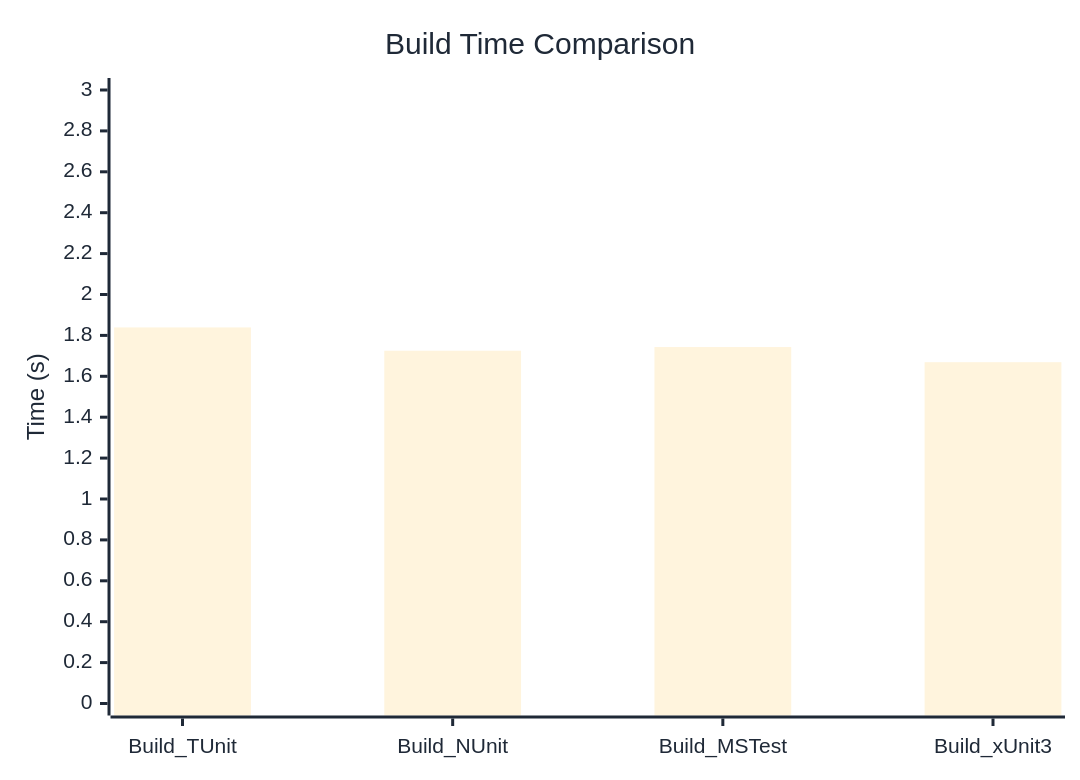
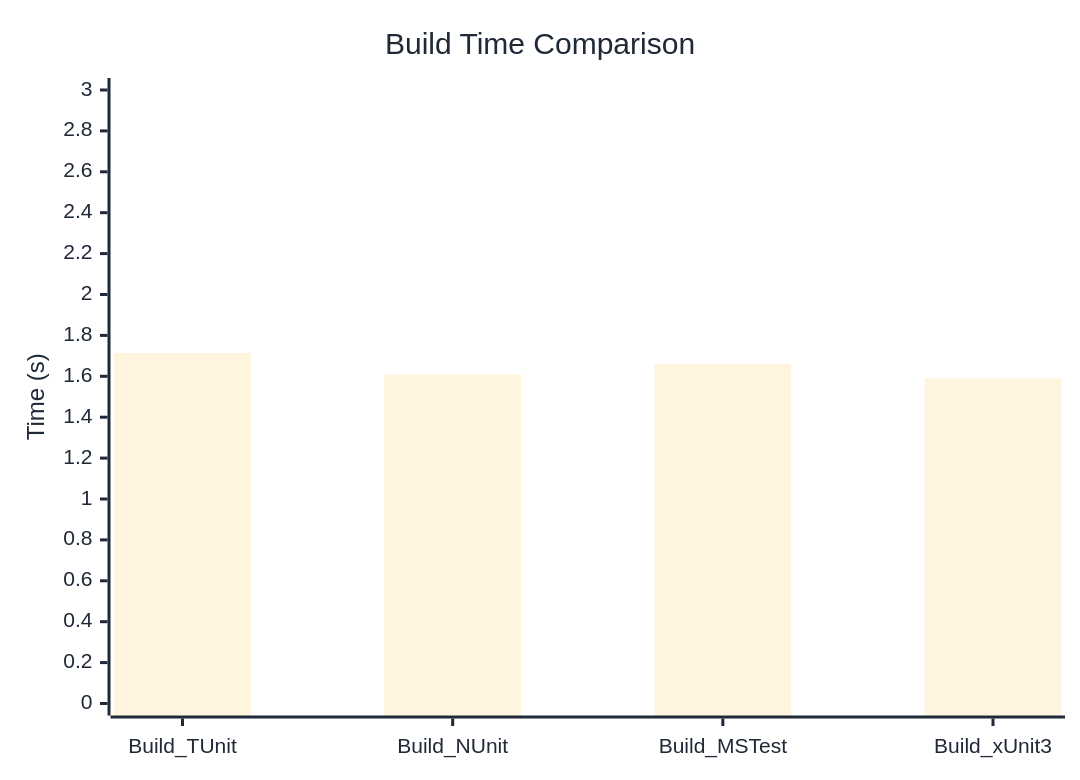
One commit to thomhurst/TUnit changed the diagram in docs/docs/benchmarks/BuildTime.md. Above: the diagram before and after it, drawn with Mermaid. The commit also changed other lines of this file and 17 other files, not shown here.

````diff
--- a/docs/docs/benchmarks/BuildTime.md
+++ b/docs/docs/benchmarks/BuildTime.md
@@ -28,37 +28,37 @@
 ```mermaid
 %%{init: {
   'theme':'base',
   'themeVariables': {
     'primaryColor': '#2563eb',
     'primaryTextColor': '#1f2937',
     'primaryBorderColor': '#1e40af',
     'lineColor': '#6b7280',
     'secondaryColor': '#7c3aed',
     'tertiaryColor': '#dc2626',
     'background': '#ffffff',
     'mainBkg': '#2563eb',
     'secondBkg': '#7c3aed',
     'tertiaryBkg': '#dc2626',
     'clusterBkg': '#f3f4f6',
     'edgeLabelBackground': '#ffffff',
     'tertiaryTextColor': '#1f2937',
     'pie1': '#2563eb',
     'pie2': '#7c3aed',
     'pie3': '#dc2626',
     'pie4': '#f59e0b',
     'pie5': '#10b981',
     'pie6': '#06b6d4',
     'pie7': '#ec4899',
     'pie8': '#6366f1',
     'pie9': '#84cc16',
     'pie10': '#f97316',
     'pie11': '#14b8a6',
     'pie12': '#a855f7'
   }
 }}%%
 xychart-beta
   title "Build Time Comparison"
   x-axis ["Build_TUnit", "Build_NUnit", "Build_MSTest", "Build_xUnit3"]
   y-axis "Time (s)" 0 --> 3
-  bar [1.839, 1.725, 1.743, 1.669]
+  bar [1.714, 1.609, 1.66, 1.59]
 ```
````
